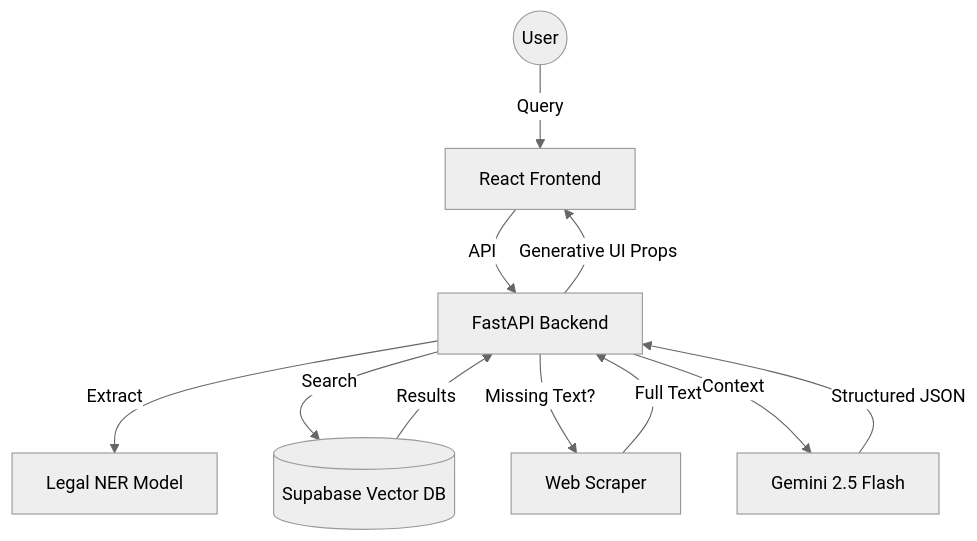
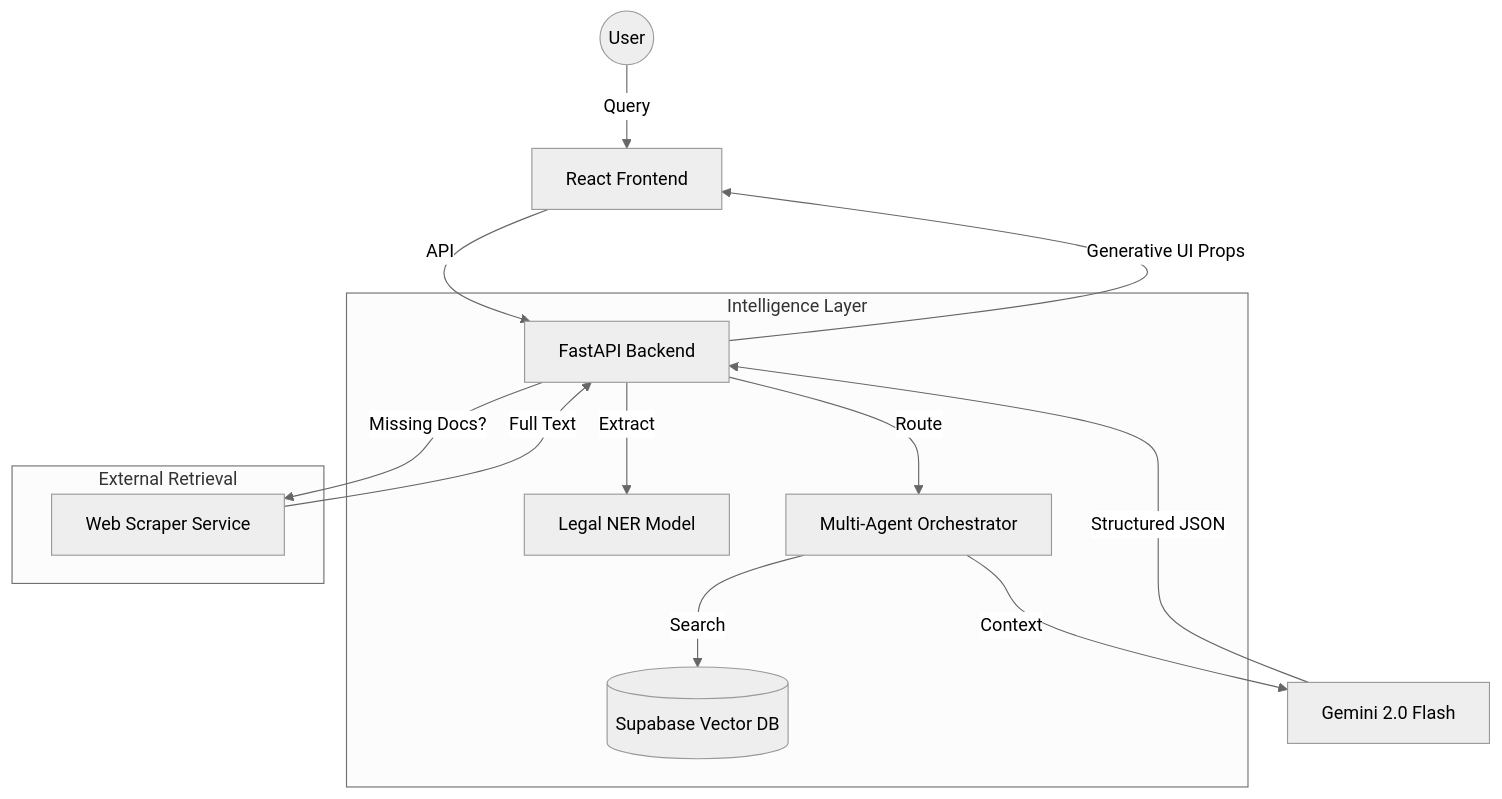
The diagram in V2/README.md (saranshpagey/NyayFlow), drawn with Mermaid (neutral theme) before and after one commit. The commit also changed other lines of this file, not shown here.

Commit message:
Refine README.md: Premium styling, accurate Gemini details, and enhanced feature breakdown

````diff
--- a/V2/README.md
+++ b/V2/README.md
@@ -100,13 +115,20 @@
 ```mermaid
 graph TD
     User((User)) -->|Query| React_UI[React Frontend]
     React_UI -->|API| FastAPI[FastAPI Backend]
+    
+    subgraph "Intelligence Layer"
     FastAPI -->|Extract| NER[Legal NER Model]
-    FastAPI -->|Search| Supabase[(Supabase Vector DB)]
-    Supabase -->|Results| FastAPI
-    FastAPI -->|Missing Text?| Scraper[Web Scraper]
+    FastAPI -->|Route| Orchestrator[Multi-Agent Orchestrator]
+    Orchestrator -->|Search| Supabase[(Supabase Vector DB)]
+    end
+    
+    subgraph "External Retrieval"
+    FastAPI -->|Missing Docs?| Scraper[Web Scraper Service]
     Scraper -->|Full Text| FastAPI
-    FastAPI -->|Context| Gemini[Gemini 2.5 Flash]
+    end
+    
+    Orchestrator -->|Context| Gemini[Gemini 2.0 Flash]
     Gemini -->|Structured JSON| FastAPI
     FastAPI -->|Generative UI Props| React_UI
 ```
````
